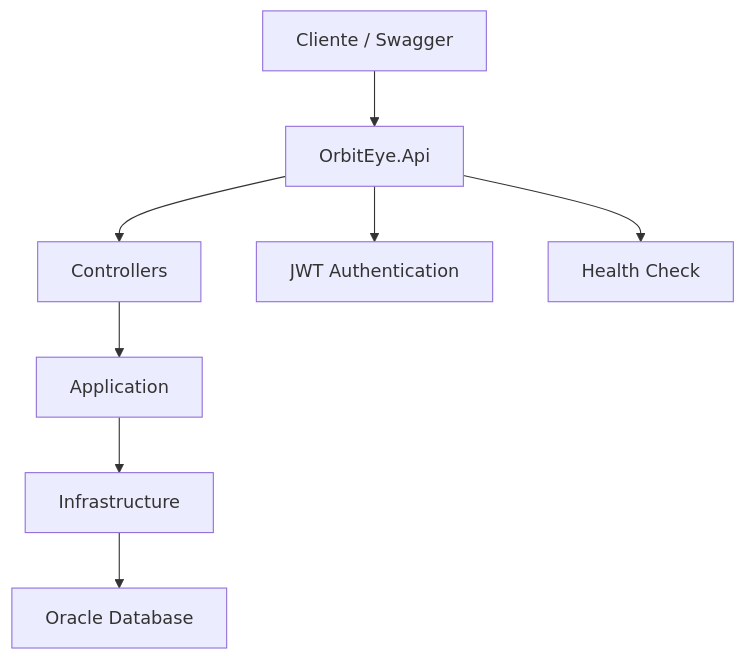
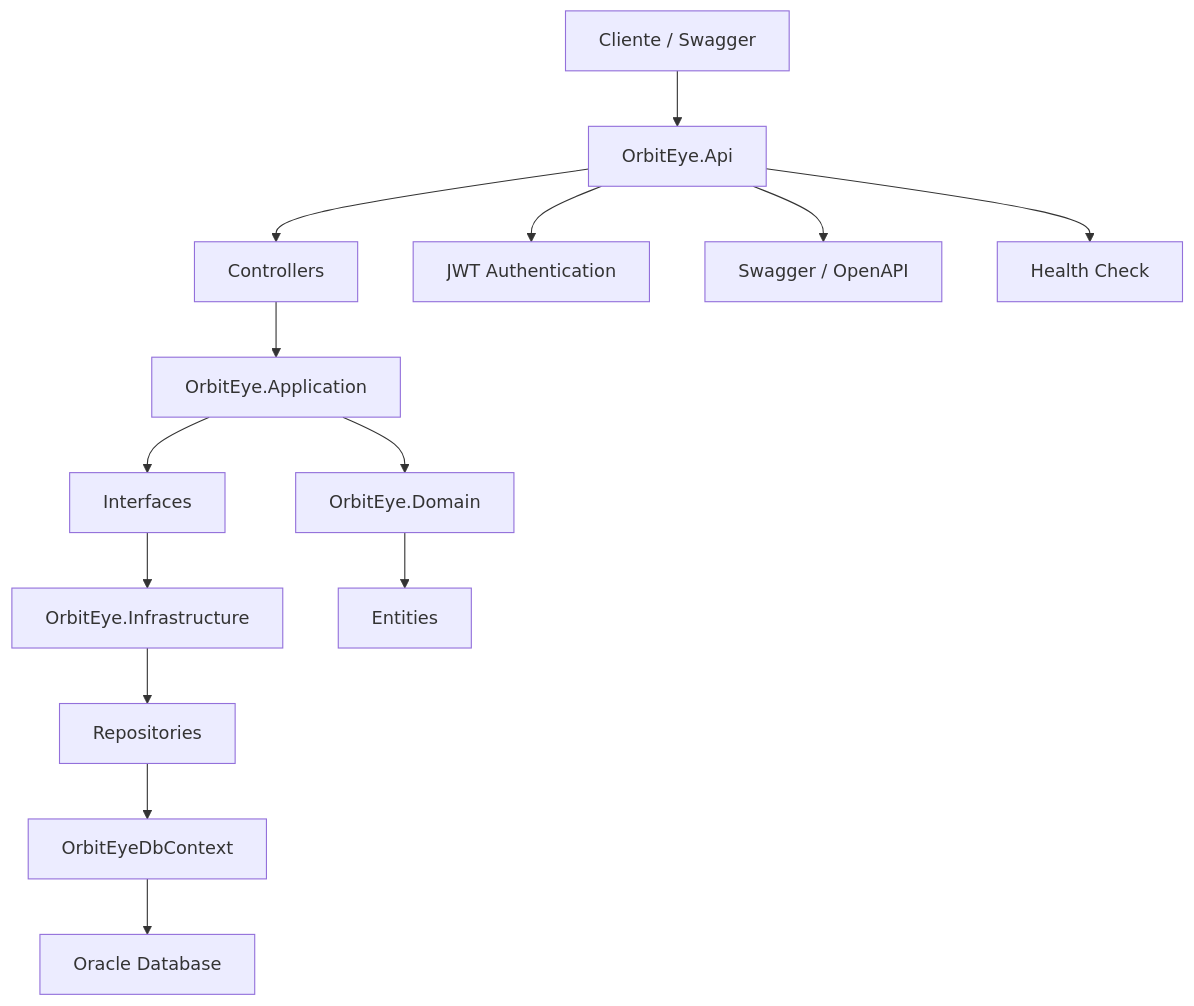
One commit to GabrielNakamura123456/OrbitEye changed the first of 3 diagrams in README.md. Above: the diagram before and after it, drawn with Mermaid. The commit also changed other lines of this file, not shown here.

````diff
--- a/README.md
+++ b/README.md
@@ -358,11 +31,18 @@
 ```mermaid
 flowchart TD
     A[Cliente / Swagger] --> B[OrbitEye.Api]
     B --> C[Controllers]
-    C --> D[Application]
-    D --> E[Infrastructure]
-    E --> F[Oracle Database]
+    B --> D[JWT Authentication]
+    B --> E[Swagger / OpenAPI]
+    B --> F[Health Check]
 
-    B --> G[JWT Authentication]
-    B --> H[Health Check]
+    C --> G[OrbitEye.Application]
+    G --> H[Interfaces]
+    H --> I[OrbitEye.Infrastructure]
+    I --> J[Repositories]
+    J --> K[OrbitEyeDbContext]
+    K --> L[Oracle Database]
+
+    G --> M[OrbitEye.Domain]
+    M --> N[Entities]
 ```
````
